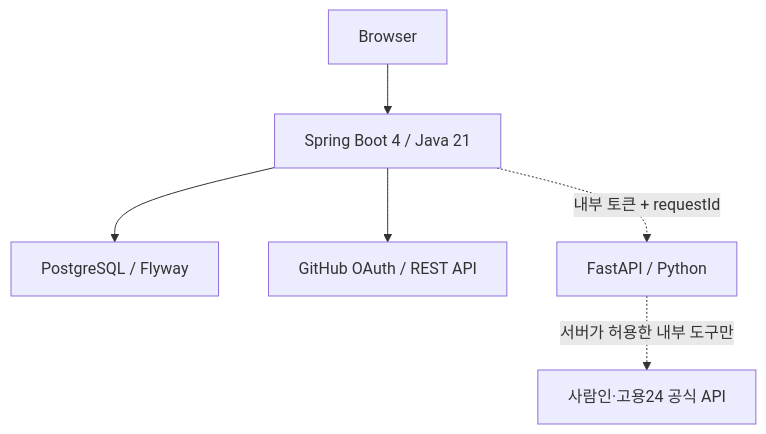
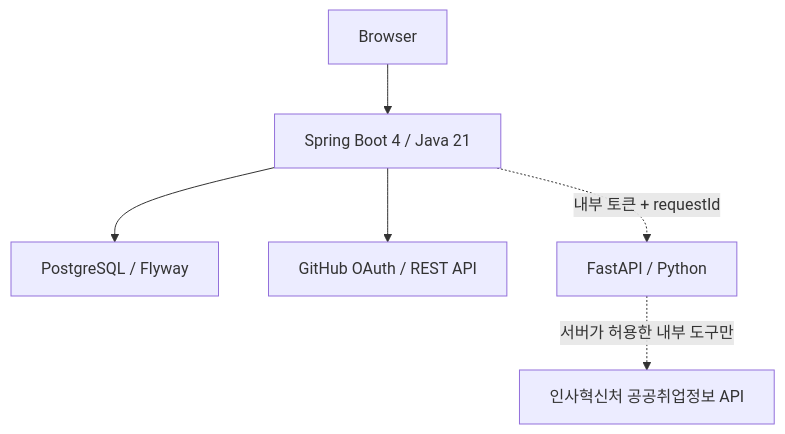
The second of 3 diagrams in README.md (hwang67120-bit/career-compass-ai), drawn with Mermaid before and after one commit. The commit also changed 31 other files, not shown here.

````diff
--- a/README.md
+++ b/README.md
@@ -55,8 +55,8 @@
 ```mermaid
 flowchart TB
     BROWSER["Browser"] --> JAVA["Spring Boot 4 / Java 21"]
     JAVA --> POSTGRES["PostgreSQL / Flyway"]
     JAVA --> GITHUB["GitHub OAuth / REST API"]
     JAVA -. "내부 토큰 + requestId" .-> PYTHON["FastAPI / Python"]
-    PYTHON -. "서버가 허용한 내부 도구만" .-> JOBAPI["사람인·고용24 공식 API"]
+    PYTHON -. "서버가 허용한 내부 도구만" .-> JOBAPI["인사혁신처 공공취업정보 API"]
 ```
````
